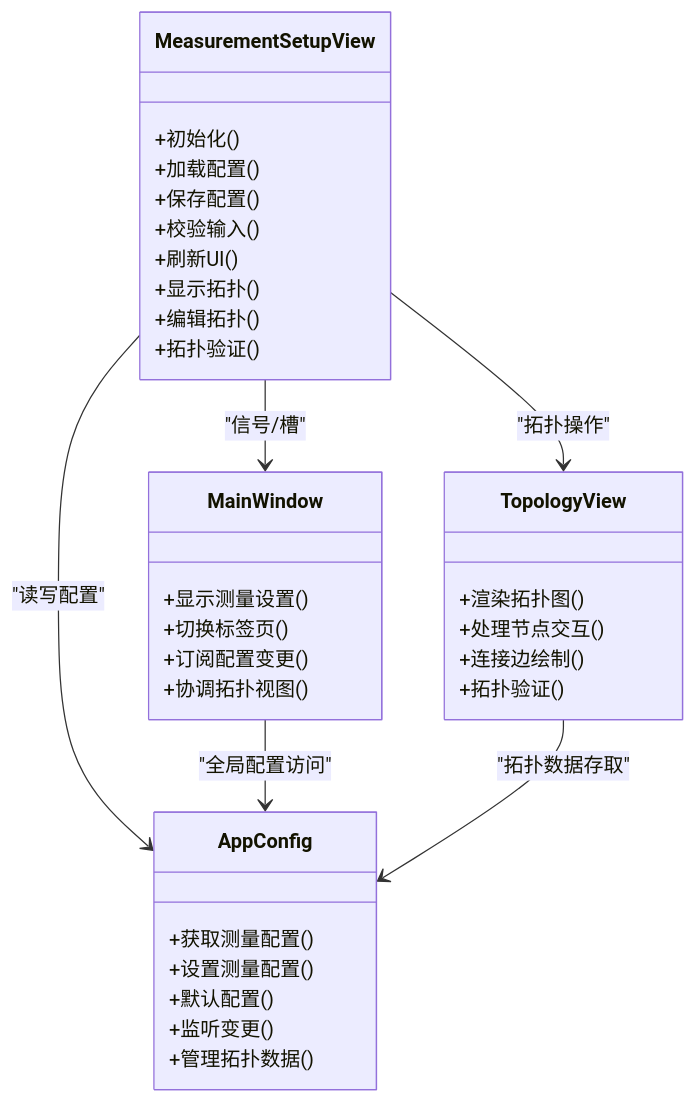
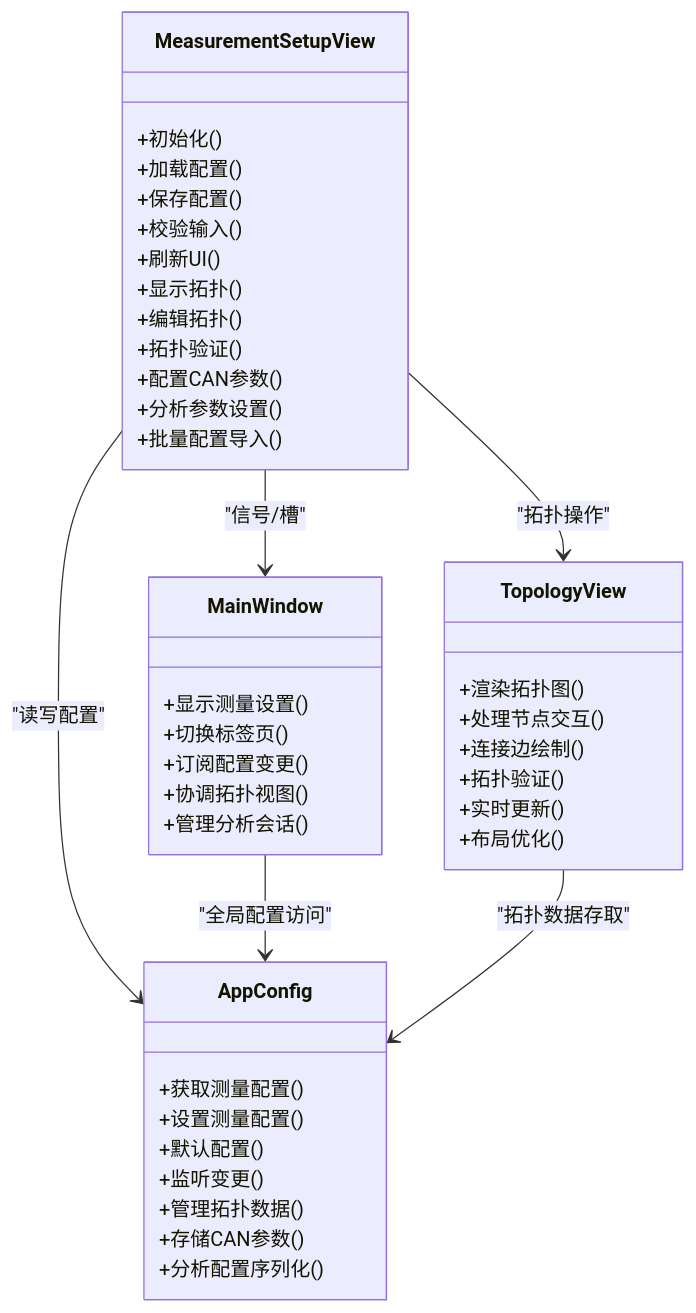
Before and after one commit to jakecai1225-design/OpenBus: the second of 6 diagrams in .qoder/repowiki/zh/content/架构设计/UI系统设计/测量设置视图组件.md, drawn with Mermaid. The commit also changed other lines of this file and 18 other files, not shown here.

````diff
--- a/.qoder/repowiki/zh/content/架构设计/UI系统设计/测量设置视图组件.md
+++ b/.qoder/repowiki/zh/content/架构设计/UI系统设计/测量设置视图组件.md
@@ -91,37 +94,45 @@
 ```mermaid
 classDiagram
 class MeasurementSetupView {
 +初始化()
 +加载配置()
 +保存配置()
 +校验输入()
 +刷新UI()
 +显示拓扑()
 +编辑拓扑()
 +拓扑验证()
++配置CAN参数()
++分析参数设置()
++批量配置导入()
 }
 class MainWindow {
 +显示测量设置()
 +切换标签页()
 +订阅配置变更()
 +协调拓扑视图()
++管理分析会话()
 }
 class AppConfig {
 +获取测量配置()
 +设置测量配置()
 +默认配置()
 +监听变更()
 +管理拓扑数据()
++存储CAN参数()
++分析配置序列化()
 }
 class TopologyView {
 +渲染拓扑图()
 +处理节点交互()
 +连接边绘制()
 +拓扑验证()
++实时更新()
++布局优化()
 }
 MeasurementSetupView --> MainWindow : "信号/槽"
 MeasurementSetupView --> AppConfig : "读写配置"
 MeasurementSetupView --> TopologyView : "拓扑操作"
 MainWindow --> AppConfig : "全局配置访问"
 TopologyView --> AppConfig : "拓扑数据存取"
 ```
````
